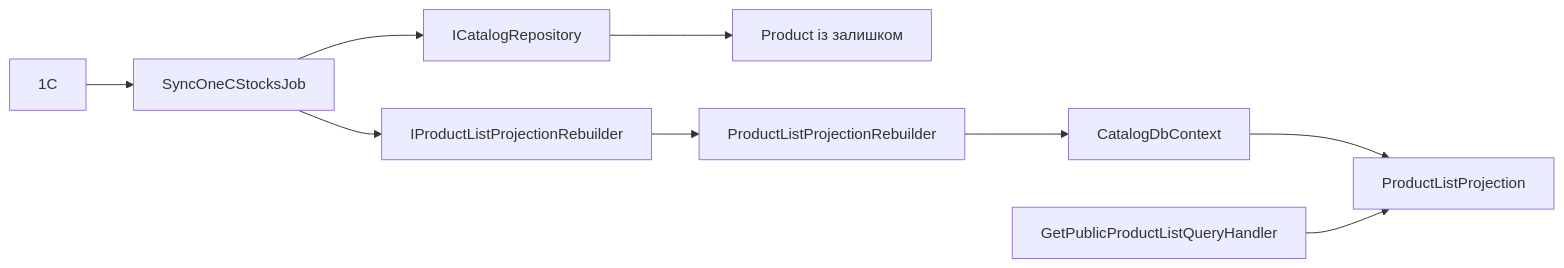
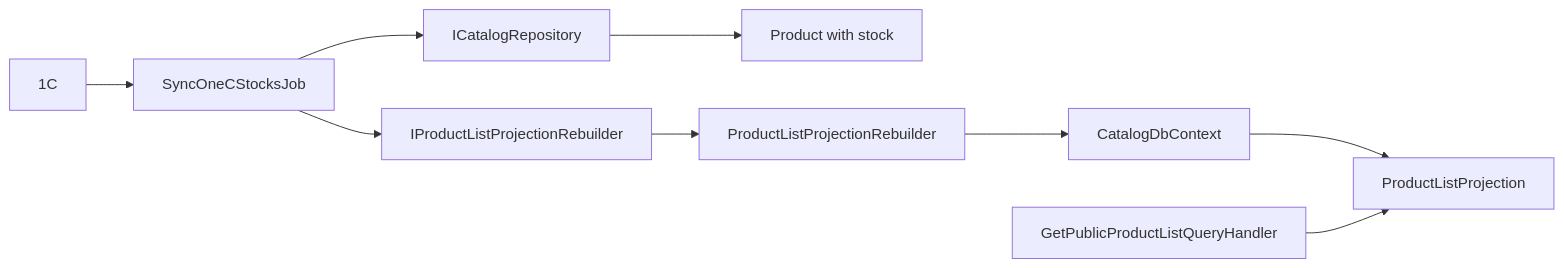
One commit to Weretik/KedrStore changed the diagram in docs/sdd/features/catalog/stock-projection.md. Above: the diagram before and after it, drawn with Mermaid. The commit also changed other lines of this file and 83 other files, not shown here.

Commit message:
docs(kedr): reconcile architecture and delivery guidance

````diff
--- a/docs/sdd/features/catalog/stock-projection.md
+++ b/docs/sdd/features/catalog/stock-projection.md
@@ -29,11 +29,11 @@
 ```mermaid
 flowchart LR
     A["1C"] --> B["SyncOneCStocksJob"]
     B --> C["ICatalogRepository<Product>"]
-    C --> D["Product із залишком"]
+    C --> D["Product with stock"]
     B --> E["IProductListProjectionRebuilder"]
     E --> F["ProductListProjectionRebuilder"]
     F --> G["CatalogDbContext"]
     G --> H["ProductListProjection"]
     I["GetPublicProductListQueryHandler"] --> H
 ```
````
